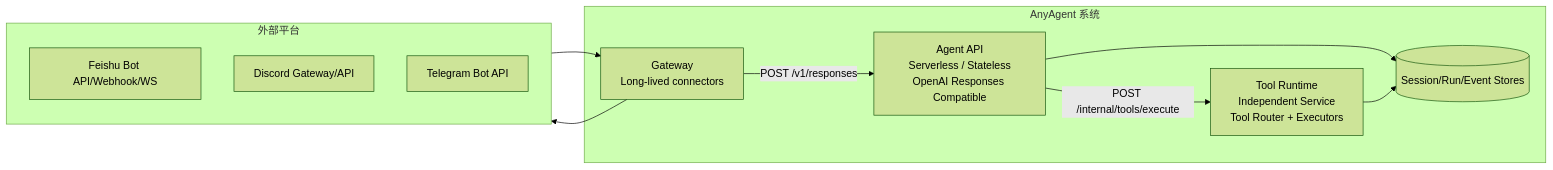
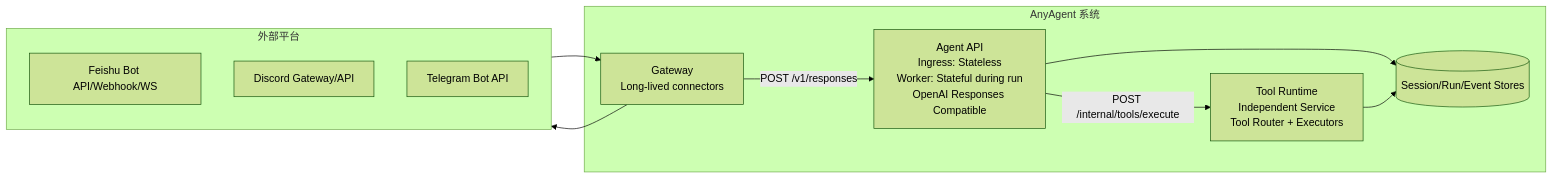
One commit to komiyoo/anyagent changed the first of 2 diagrams in requirements.md. Above: the diagram before and after it, drawn with Mermaid (forest theme). The commit also changed other lines of this file and 85 other files, not shown here.

````diff
--- a/requirements.md
+++ b/requirements.md
@@ -111,22 +212,22 @@
 ```mermaid
 flowchart LR
   subgraph Platforms["外部平台"]
     F[Feishu Bot API/Webhook/WS]
     D[Discord Gateway/API]
     T[Telegram Bot API]
   end
 
   subgraph AnyAgent["AnyAgent 系统"]
     GW[Gateway<br/>Long-lived connectors]
-    API[Agent API<br/>Serverless / Stateless<br/>OpenAI Responses Compatible]
+    API[Agent API<br/>Ingress: Stateless<br/>Worker: Stateful during run<br/>OpenAI Responses Compatible]
     TR[Tool Runtime<br/>Independent Service<br/>Tool Router + Executors]
     ST[(Session/Run/Event Stores)]
   end
 
   Platforms --> GW
   GW -->|POST /v1/responses| API
   API --> ST
   API -->|POST /internal/tools/execute| TR
   TR --> ST
   GW --> Platforms
 ```
````
